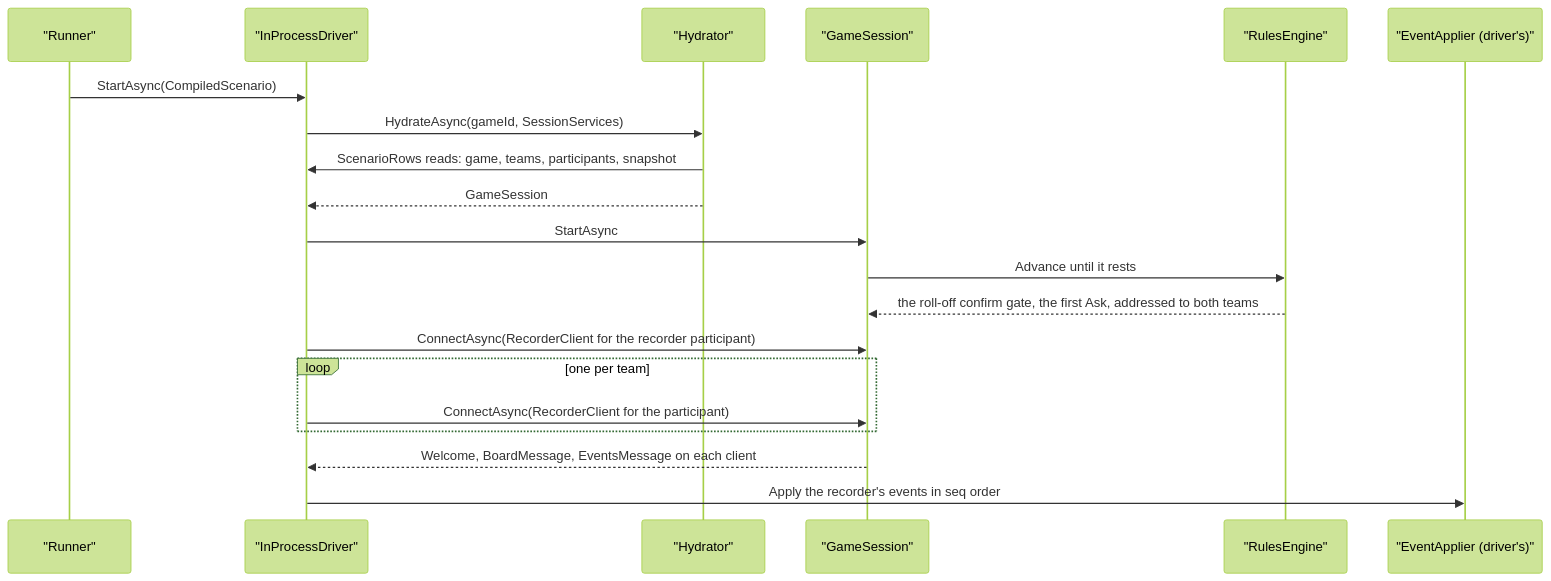
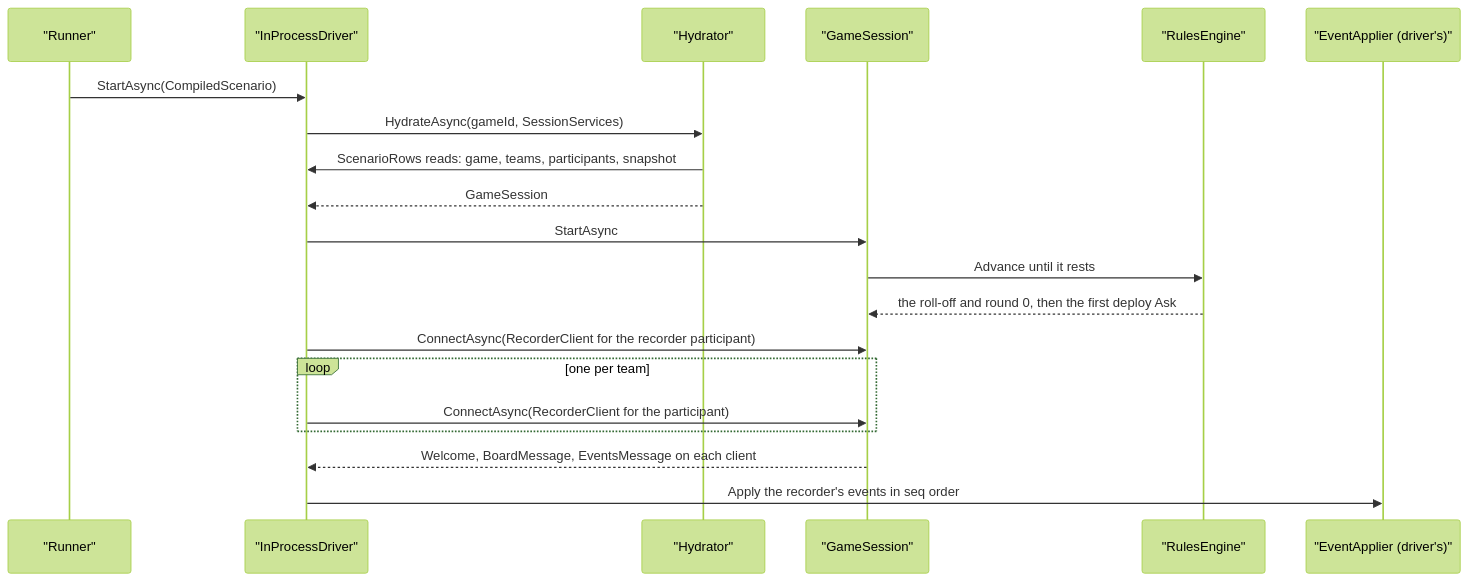
One commit to cstupi/tabletop changed the seventh of 11 diagrams in docs/design/simulation/design.md. Above: the diagram before and after it, drawn with Mermaid (forest theme). The commit also changed other lines of this file and 10 other files, not shown here.

First line of the commit message:
Docs: the roll-off is gated only under the wait setting; its result banner

````diff
--- a/docs/design/simulation/design.md
+++ b/docs/design/simulation/design.md
@@ -1036,23 +1036,23 @@
 ```mermaid
 sequenceDiagram
     participant R as "Runner"
     participant D as "InProcessDriver"
     participant H as "Hydrator"
     participant S as "GameSession"
     participant E as "RulesEngine"
     participant A as "EventApplier (driver's)"
 
     R->>D: StartAsync(CompiledScenario)
     D->>H: HydrateAsync(gameId, SessionServices)
     H->>D: ScenarioRows reads: game, teams, participants, snapshot
     H-->>D: GameSession
     D->>S: StartAsync
     S->>E: Advance until it rests
-    E-->>S: the roll-off confirm gate, the first Ask, addressed to both teams
+    E-->>S: the roll-off and round 0, then the first deploy Ask
     D->>S: ConnectAsync(RecorderClient for the recorder participant)
     loop one per team
         D->>S: ConnectAsync(RecorderClient for the participant)
     end
     S-->>D: Welcome, BoardMessage, EventsMessage on each client
     D->>A: Apply the recorder's events in seq order
 ```
````
